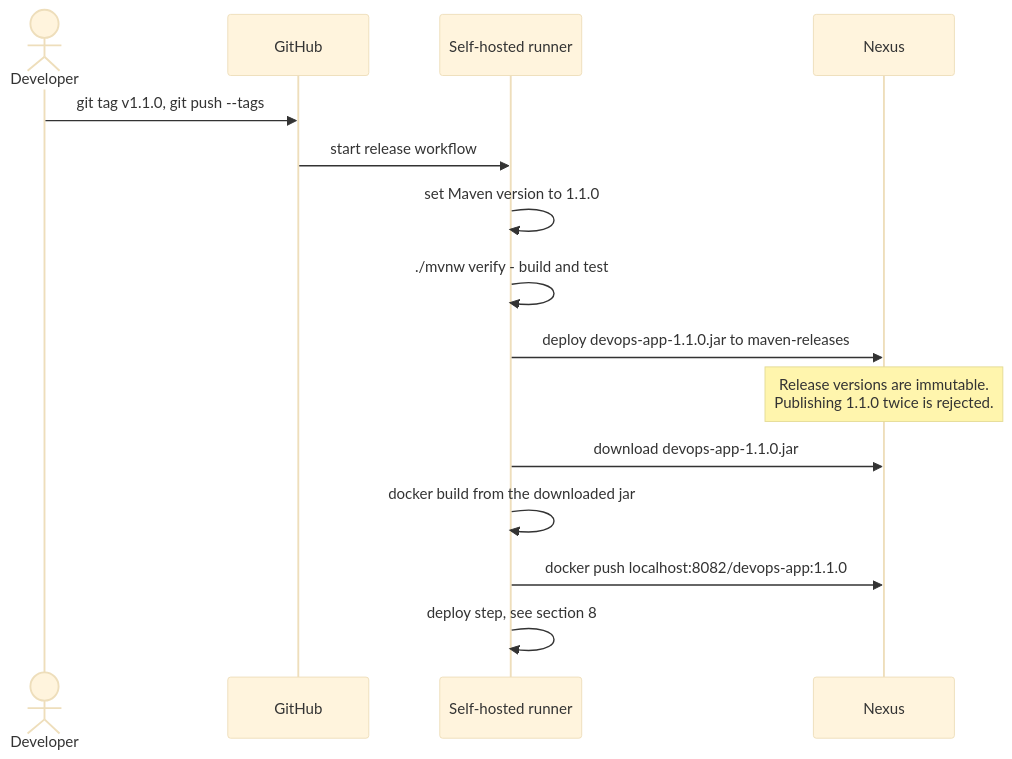
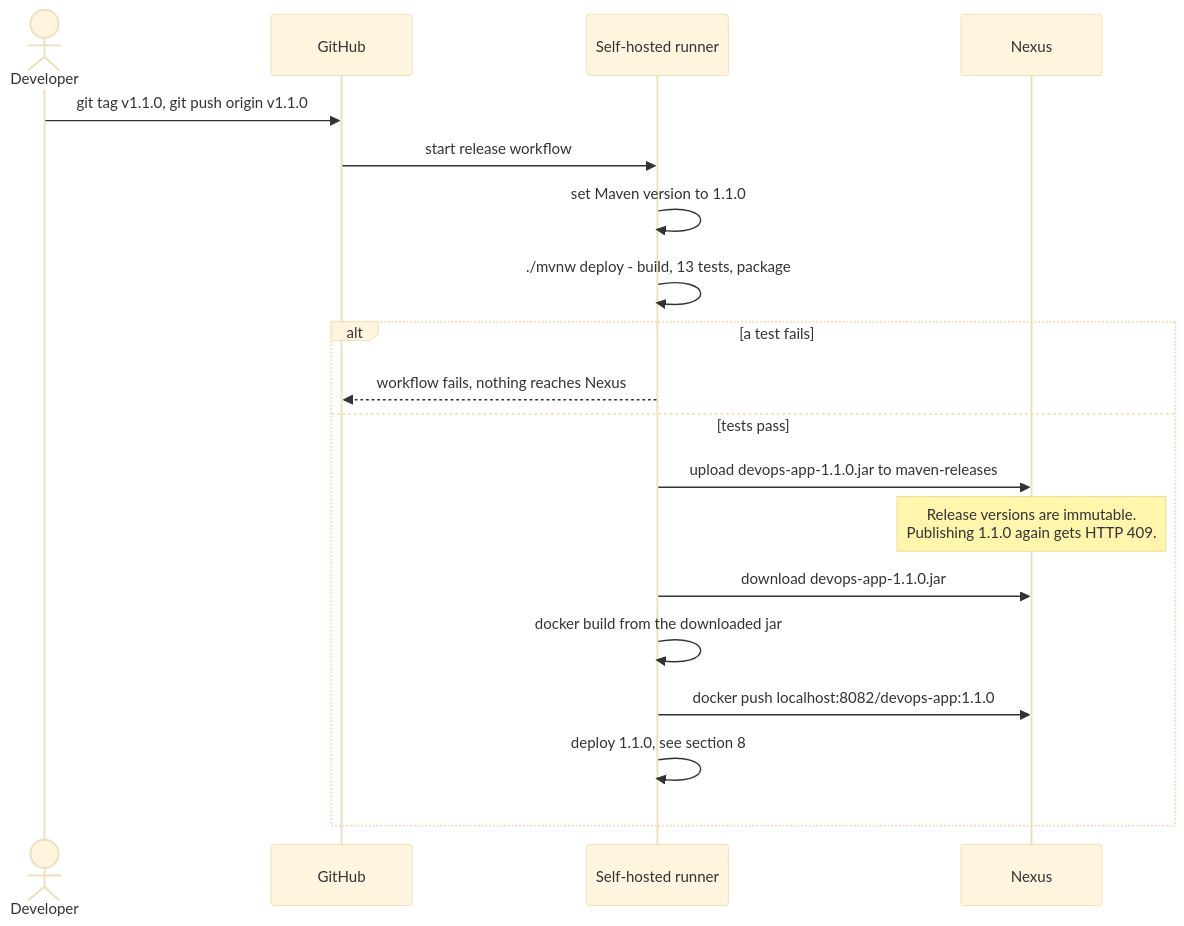
Before and after one commit to manaymehta/devops-nexus-pipeline: the fifth of 9 diagrams in docs/ARCHITECTURE.md, drawn with Mermaid (base theme). The commit also changed other lines of this file and 5 other files, not shown here.

Commit message:
docs: codespace host, verified release/deploy/rollback, current state; skip Nexus setup test on tags

````diff
--- a/docs/ARCHITECTURE.md
+++ b/docs/ARCHITECTURE.md
@@ -171,18 +171,22 @@
 ```mermaid
 sequenceDiagram
     actor Dev as Developer
     participant GH as GitHub
     participant R as Self-hosted runner
     participant N as Nexus
 
-    Dev->>GH: git tag v1.1.0, git push --tags
+    Dev->>GH: git tag v1.1.0, git push origin v1.1.0
     GH->>R: start release workflow
     R->>R: set Maven version to 1.1.0
-    R->>R: ./mvnw verify - build and test
-    R->>N: deploy devops-app-1.1.0.jar to maven-releases
-    Note over N: Release versions are immutable.<br/>Publishing 1.1.0 twice is rejected.
-    R->>N: download devops-app-1.1.0.jar
-    R->>R: docker build from the downloaded jar
-    R->>N: docker push localhost:8082/devops-app:1.1.0
-    R->>R: deploy step, see section 8
+    R->>R: ./mvnw deploy - build, 13 tests, package
+    alt a test fails
+        R-->>GH: workflow fails, nothing reaches Nexus
+    else tests pass
+        R->>N: upload devops-app-1.1.0.jar to maven-releases
+        Note over N: Release versions are immutable.<br/>Publishing 1.1.0 again gets HTTP 409.
+        R->>N: download devops-app-1.1.0.jar
+        R->>R: docker build from the downloaded jar
+        R->>N: docker push localhost:8082/devops-app:1.1.0
+        R->>R: deploy 1.1.0, see section 8
+    end
 ```
````
